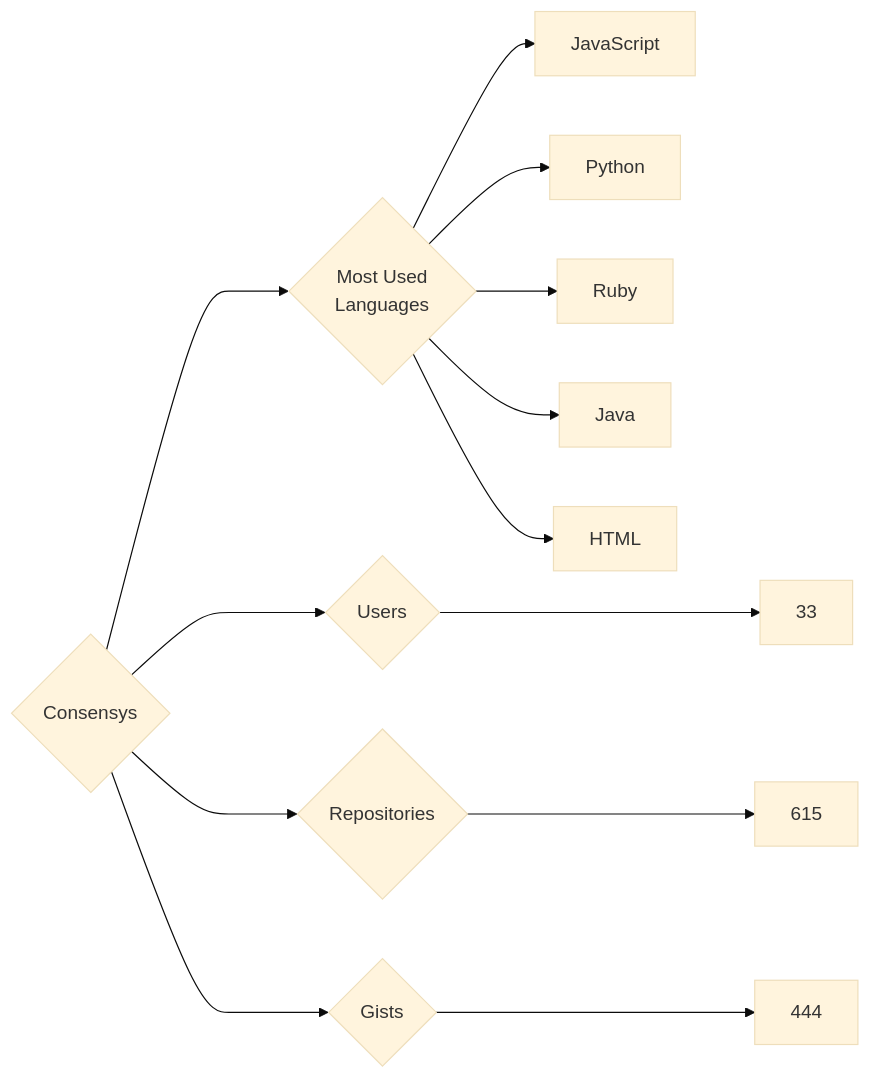
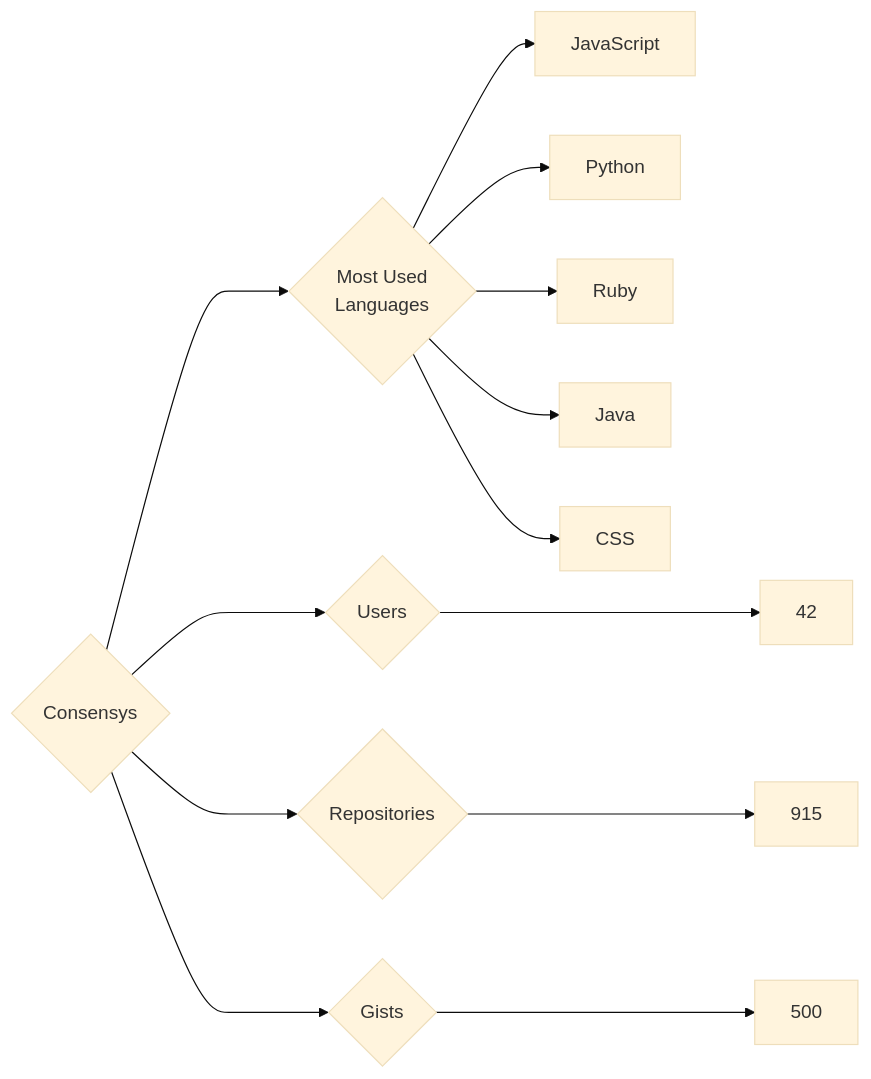
One commit to trickest/insiders changed the diagram in targets/Consensys/README.md. Above: the diagram before and after it, drawn with Mermaid (base theme). The commit also changed 934 other files, not shown here.

````diff
--- a/targets/Consensys/README.md
+++ b/targets/Consensys/README.md
@@ -3,13 +3,13 @@
 ```mermaid
 graph LR
 COMPANY_NAME{Consensys}
-COMPANY_NAME ---> U{Users} ---> UN[33]
-COMPANY_NAME ---> R{Repositories} ---> RN[615]
-COMPANY_NAME ---> G{Gists} ---> GN[444]
+COMPANY_NAME ---> U{Users} ---> UN[42]
+COMPANY_NAME ---> R{Repositories} ---> RN[915]
+COMPANY_NAME ---> G{Gists} ---> GN[500]
 COMPANY_NAME ---> ML{Most Used<br>Languages}
 ML --> JavaScript[JavaScript]
 ML --> Python[Python]
 ML --> Ruby[Ruby]
 ML --> Java[Java]
-ML --> HTML[HTML]
+ML --> CSS[CSS]
 ```
````
